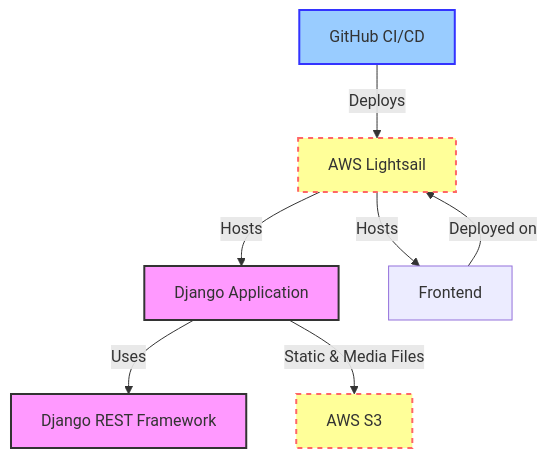
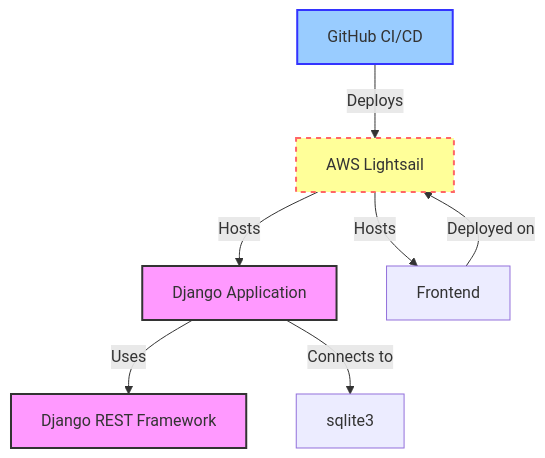
Before and after one commit to seungil1/recommand_tour: the second of 2 diagrams in README.md, drawn with Mermaid.

````diff
--- a/README.md
+++ b/README.md
@@ -63,18 +63,18 @@
 ```mermaid
 
 graph TD;
     CI[GitHub CI/CD] -->|Deploys| LS[AWS Lightsail];
     A[Django Application] -->|Uses| DRF[Django REST Framework];
-    A -->|Static & Media Files| S3[AWS S3];
+    A -->|Connects to| DB[sqlite3];
     FE[Frontend] -->|Deployed on| LS;
     LS -->|Hosts| A;
     LS -->|Hosts| FE;
 
     classDef framework fill:#f9f,stroke:#333,stroke-width:2px;
     classDef aws fill:#ff9,stroke:#f66,stroke-width:2px,stroke-dasharray: 5, 5;
     classDef ci fill:#9cf,stroke:#33f,stroke-width:2px;
     
     class A,DRF framework;
     class LS,S3 aws;
     class CI ci;
 ```
````
